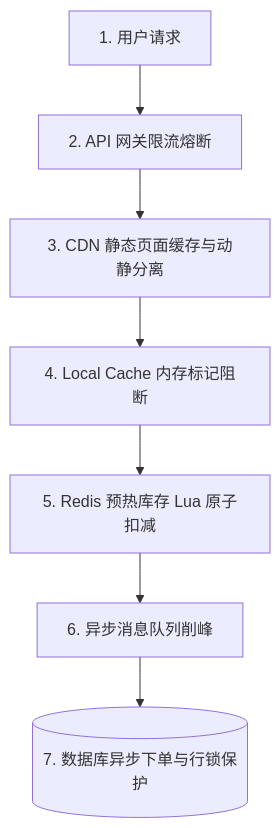
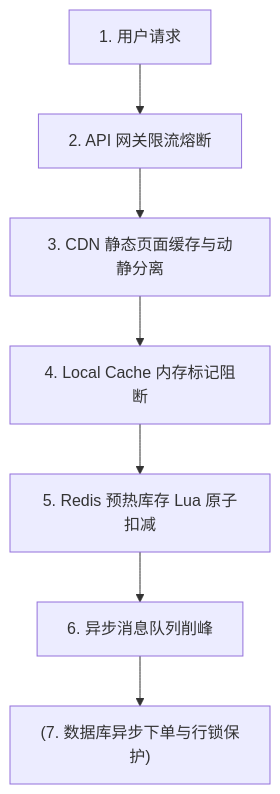
Before and after one commit to Aiden-Coding/AiDocs: the first of 2 diagrams in docs/interview/java/9-scenarios.md, drawn with Mermaid. The commit also changed other lines of this file and 97 other files, not shown here.

````diff
--- a/docs/interview/java/9-scenarios.md
+++ b/docs/interview/java/9-scenarios.md
@@ -19,9 +19,9 @@
 ```mermaid
 graph TD
     User[1. 用户请求] --> Gateway[2. API 网关限流熔断]
     Gateway --> CDN[3. CDN 静态页面缓存与动静分离]
     CDN --> Cache[4. Local Cache 内存标记阻断]
     Cache --> Redis[5. Redis 预热库存 Lua 原子扣减]
     Redis --> MQ[6. 异步消息队列削峰]
-    MQ --> DB[(7. 数据库异步下单与行锁保护)]
+    MQ --> DB["(7. 数据库异步下单与行锁保护)"]
 ```
````
